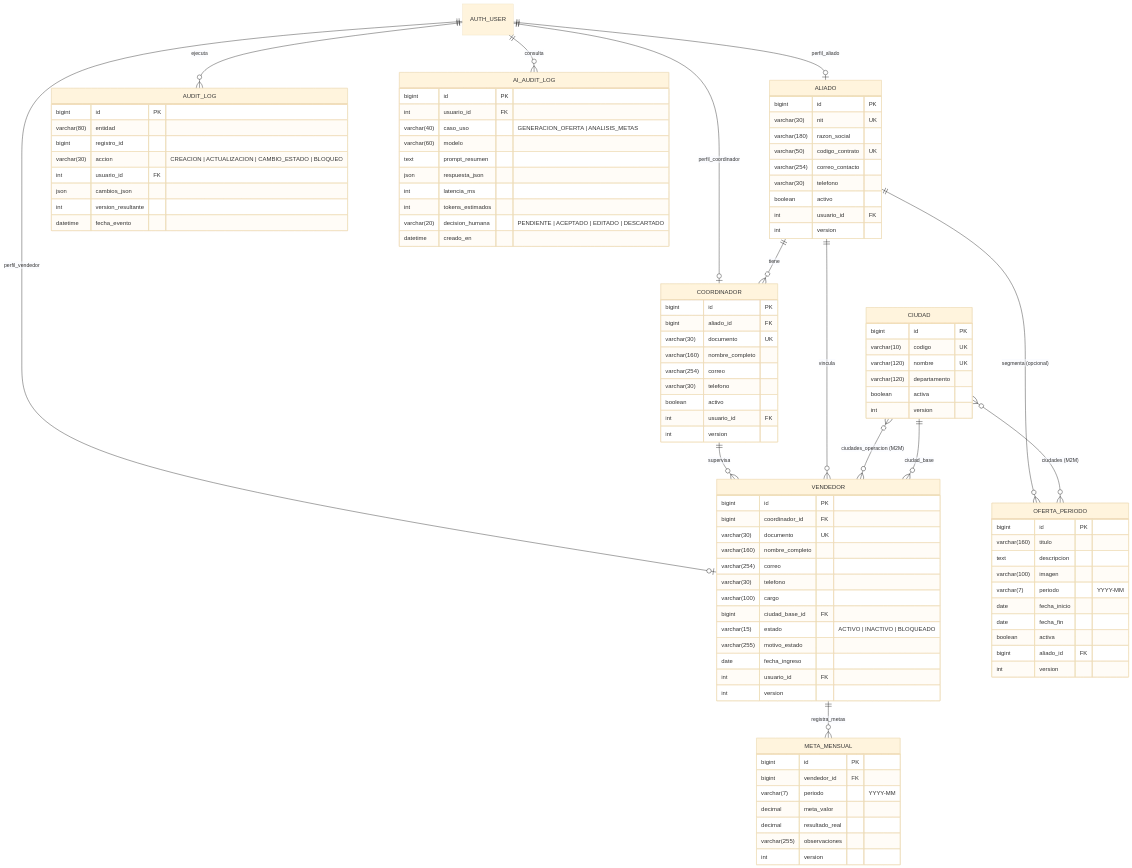
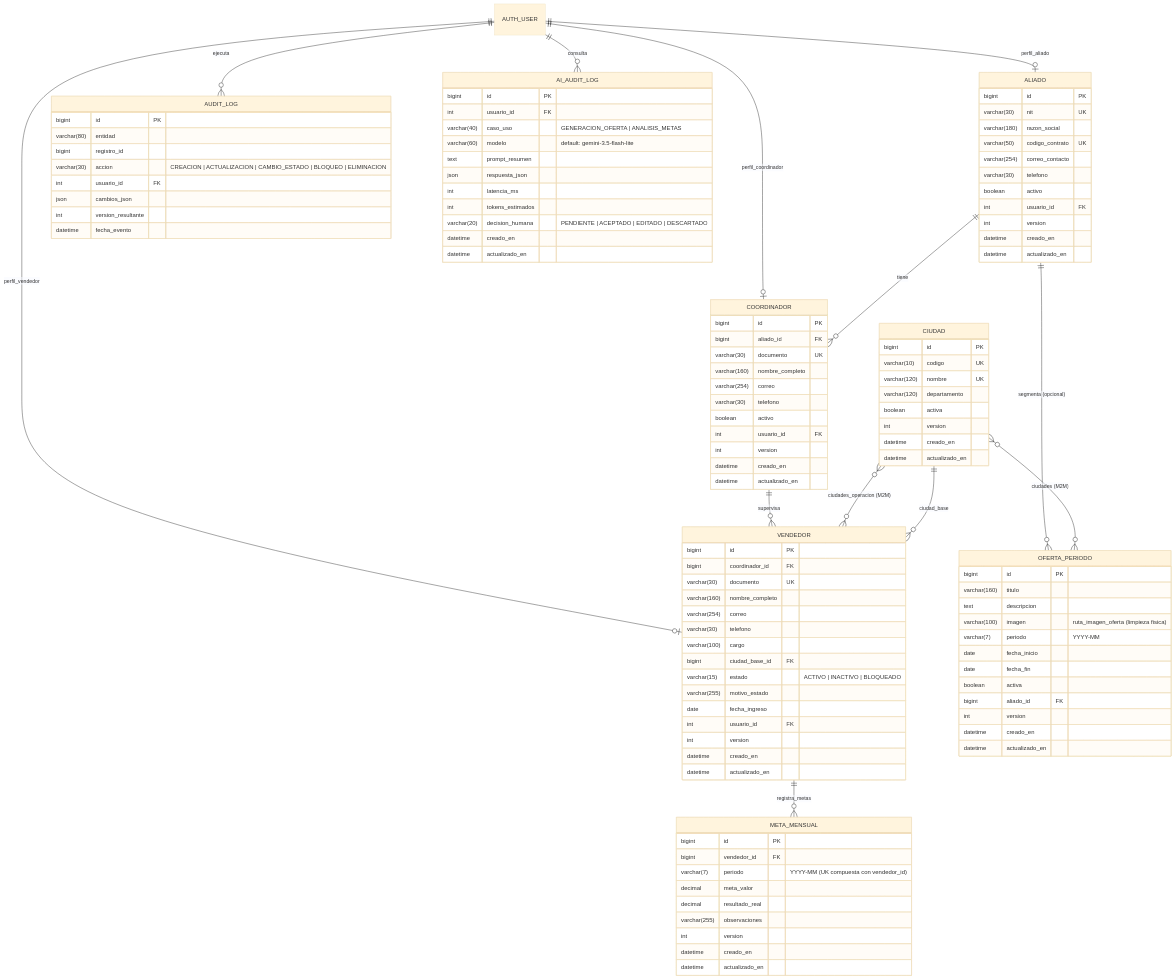
The diagram in docs/DATA_MODEL.md (jekser09/Prueba-tecnica-verla-sas-Johand-Castro), drawn with Mermaid (base theme) before and after one commit. The commit also changed other lines of this file and 29 other files, not shown here.

````diff
--- a/docs/DATA_MODEL.md
+++ b/docs/DATA_MODEL.md
@@ -21,7 +21,6 @@
     CIUDAD }o--o{ VENDEDOR : "ciudades_operacion (M2M)"
     CIUDAD }o--o{ OFERTA_PERIODO : "ciudades (M2M)"
     ALIADO ||--o{ COORDINADOR : "tiene"
-    ALIADO ||--o{ VENDEDOR : "vincula"
     ALIADO ||--o{ OFERTA_PERIODO : "segmenta (opcional)"
     COORDINADOR ||--o{ VENDEDOR : "supervisa"
     VENDEDOR ||--o{ META_MENSUAL : "registra_metas"
@@ -38,6 +37,8 @@
         varchar(120) departamento
         boolean activa
         int version
+        datetime creado_en
+        datetime actualizado_en
     }
 
     ALIADO {
@@ -50,6 +51,8 @@
         boolean activo
         int usuario_id FK
         int version
+        datetime creado_en
+        datetime actualizado_en
     }
 
     COORDINADOR {
@@ -62,6 +65,8 @@
         boolean activo
         int usuario_id FK
         int version
+        datetime creado_en
+        datetime actualizado_en
     }
 
     VENDEDOR {
@@ -78,13 +83,15 @@
         date fecha_ingreso
         int usuario_id FK
         int version
+        datetime creado_en
+        datetime actualizado_en
     }
 
     AUDIT_LOG {
         bigint id PK
         varchar(80) entidad
         bigint registro_id
-        varchar(30) accion "CREACION | ACTUALIZACION | CAMBIO_ESTADO | BLOQUEO"
+        varchar(30) accion "CREACION | ACTUALIZACION | CAMBIO_ESTADO | BLOQUEO | ELIMINACION"
         int usuario_id FK
         json cambios_json
         int version_resultante
@@ -94,36 +101,41 @@
     META_MENSUAL {
         bigint id PK
         bigint vendedor_id FK
-        varchar(7) periodo "YYYY-MM"
+        varchar(7) periodo "YYYY-MM (UK compuesta con vendedor_id)"
         decimal meta_valor
         decimal resultado_real
         varchar(255) observaciones
         int version
+        datetime creado_en
+        datetime actualizado_en
     }
 
     OFERTA_PERIODO {
         bigint id PK
         varchar(160) titulo
         text descripcion
-        varchar(100) imagen
+        varchar(100) imagen "ruta_imagen_oferta (limpieza fisica)"
         varchar(7) periodo "YYYY-MM"
         date fecha_inicio
         date fecha_fin
         boolean activa
         bigint aliado_id FK
         int version
+        datetime creado_en
+        datetime actualizado_en
     }
 
     AI_AUDIT_LOG {
         bigint id PK
         int usuario_id FK
         varchar(40) caso_uso "GENERACION_OFERTA | ANALISIS_METAS"
-        varchar(60) modelo
+        varchar(60) modelo "default: gemini-3.5-flash-lite"
         text prompt_resumen
         json respuesta_json
         int latencia_ms
         int tokens_estimados
         varchar(20) decision_humana "PENDIENTE | ACEPTADO | EDITADO | DESCARTADO"
         datetime creado_en
+        datetime actualizado_en
     }
 ```
````
